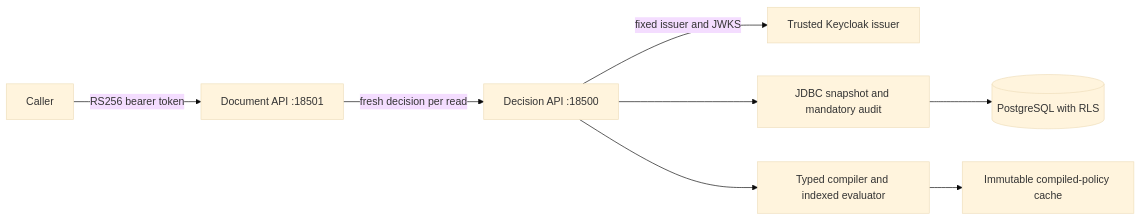
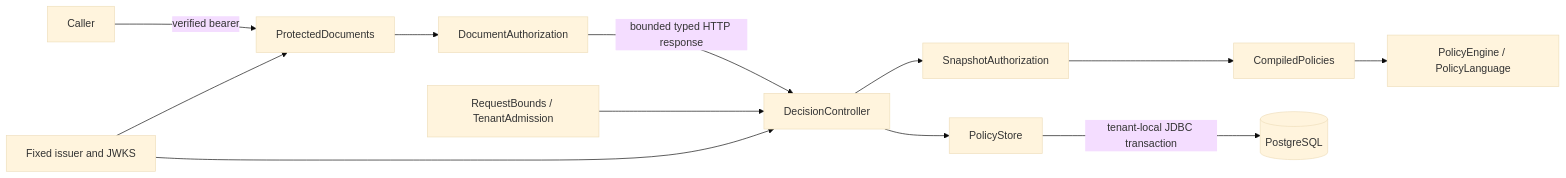
The first of 4 diagrams in projects/05-tenantshield/docs/ARCHITECTURE.md (cheshmakzanoon-ops/Java-portfolio), drawn with Mermaid (base theme) before and after one commit. The commit also changed other lines of this file and 42 other files, not shown here.

````diff
--- a/projects/05-tenantshield/docs/ARCHITECTURE.md
+++ b/projects/05-tenantshield/docs/ARCHITECTURE.md
@@ -5,10 +7,14 @@
 ```mermaid
 flowchart LR
-    Caller -->|RS256 bearer token| Protected[Document API :18501]
-    Protected -->|fresh decision per read| Service[Decision API :18500]
-    Service -->|fixed issuer and JWKS| OIDC[Trusted Keycloak issuer]
-    Service --> Store[JDBC snapshot and mandatory audit]
-    Store --> DB[(PostgreSQL with RLS)]
-    Service --> Engine[Typed compiler and indexed evaluator]
-    Engine --> Cache[Immutable compiled-policy cache]
+    Caller -->|verified bearer| Documents[ProtectedDocuments]
+    Documents --> Client[DocumentAuthorization]
+    Client -->|bounded typed HTTP response| Controller[DecisionController]
+    Controller --> Store[PolicyStore]
+    Controller --> Binding[SnapshotAuthorization]
+    Binding --> Cache[CompiledPolicies]
+    Cache --> Engine[PolicyEngine / PolicyLanguage]
+    Store -->|tenant-local JDBC transaction| DB[(PostgreSQL)]
+    Admission[RequestBounds / TenantAdmission] --> Controller
+    Identity[Fixed issuer and JWKS] --> Documents
+    Identity --> Controller
 ```
````
